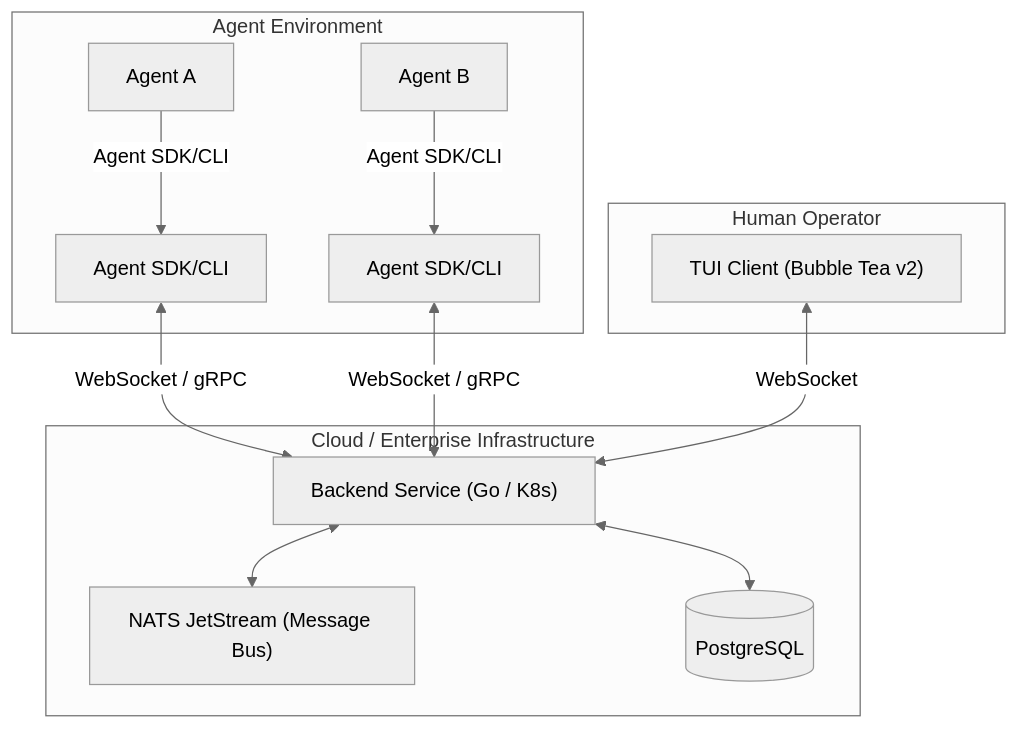
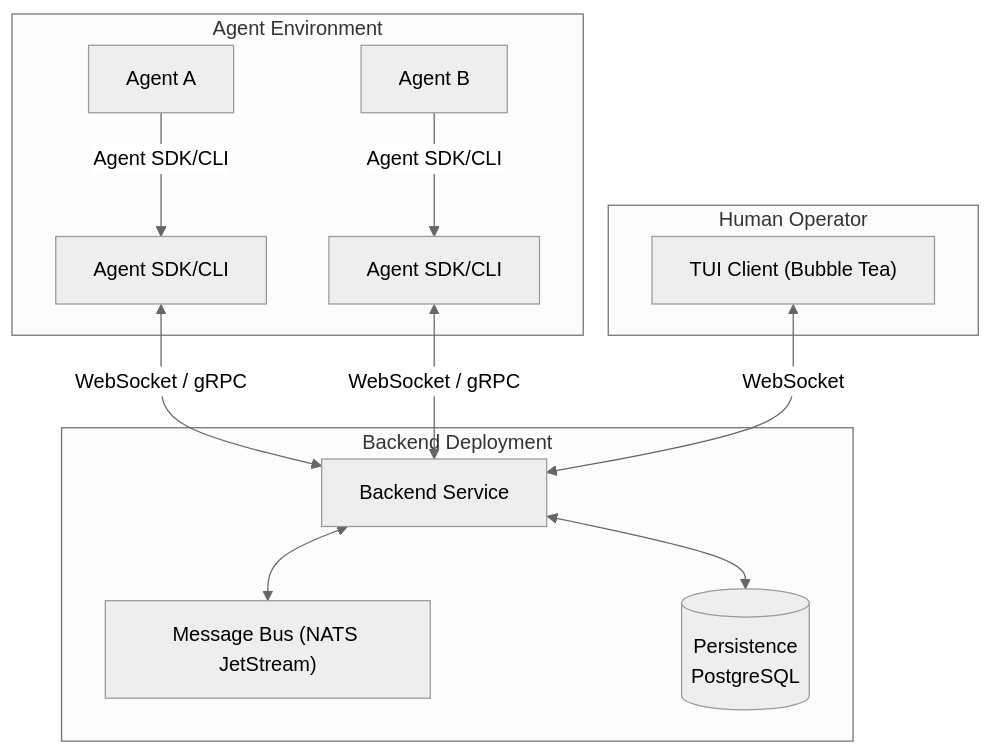
One commit to YourBroDuke/bobberchat changed the first of 9 diagrams in docs/design-spec.md. Above: the diagram before and after it, drawn with Mermaid (neutral theme). The commit also changed other lines of this file and 12 other files, not shown here.

````diff
--- a/docs/design-spec.md
+++ b/docs/design-spec.md
@@ -139,23 +139,23 @@
 ```mermaid
 graph TD
-    subgraph "Cloud / Enterprise Infrastructure"
-        Backend["Backend Service (Go / K8s)"]
-        NATS["NATS JetStream (Message Bus)"]
-        DB[(PostgreSQL)]
+    subgraph "Backend Deployment"
+        Backend["Backend Service"]
+        NATS["Message Bus (NATS JetStream)"]
+        DB[(Persistence<br/>PostgreSQL)]
         Backend <--> NATS
         Backend <--> DB
     end
 
     subgraph "Agent Environment"
         AgentA["Agent A"] -- "Agent SDK/CLI" --> SDKA["Agent SDK/CLI"]
         AgentB["Agent B"] -- "Agent SDK/CLI" --> SDKB["Agent SDK/CLI"]
     end
 
     subgraph "Human Operator"
-        TUI["TUI Client (Bubble Tea v2)"]
+        TUI["TUI Client (Bubble Tea)"]
     end
 
     SDKA <-- "WebSocket / gRPC" --> Backend
     SDKB <-- "WebSocket / gRPC" --> Backend
     TUI <-- "WebSocket" --> Backend
 ```
````
